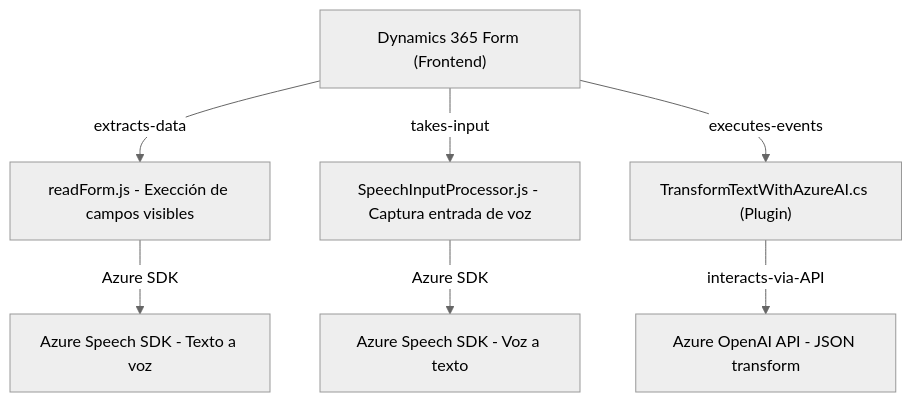
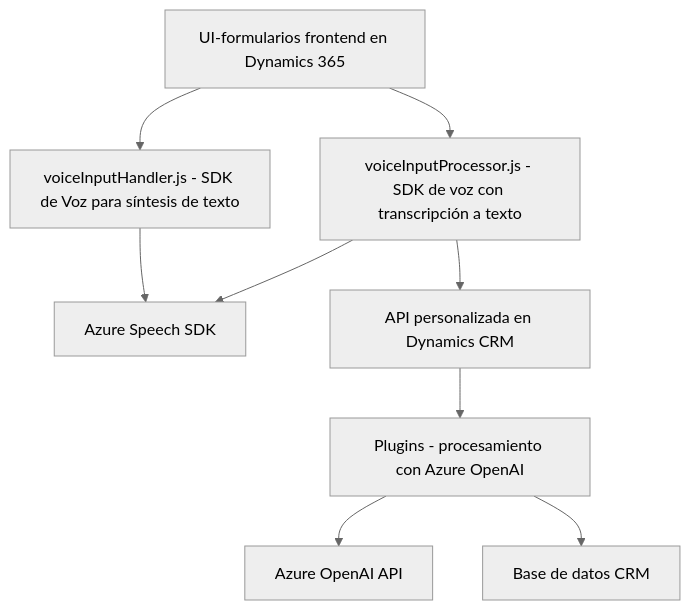
The diagram in README.md (blopezdm/NETCORE_BILBAO2025), drawn with Mermaid (neutral theme) before and after one commit. The commit also changed other lines of this file, not shown here.

Commit message:
Actualizar análisis global de la solución con IA

````diff
--- a/README.md
+++ b/README.md
@@ -33,9 +39,20 @@
 ```mermaid
 graph TD
-    A["Dynamics 365 Form (Frontend)"] --extracts-data--> B["readForm.js - Exección de campos visibles"]
-    A --takes-input--> D["SpeechInputProcessor.js - Captura entrada de voz"]
-    B --Azure SDK--> E["Azure Speech SDK - Texto a voz"]
-    D --Azure SDK--> F["Azure Speech SDK - Voz a texto"]
-    A --executes-events--> G["TransformTextWithAzureAI.cs (Plugin)"]
-    G --interacts-via-API--> H["Azure OpenAI API - JSON transform"]
+    A["UI-formularios frontend en Dynamics 365"]
+    B["voiceInputHandler.js - SDK de Voz para síntesis de texto"]
+    C["voiceInputProcessor.js - SDK de voz con transcripción a texto"]
+    D["Plugins - procesamiento con Azure OpenAI"]
+    E["API personalizada en Dynamics CRM"]
+    F["Azure Speech SDK"]
+    G["Azure OpenAI API"]
+    H["Base de datos CRM"]
+
+    A --> B
+    A --> C
+    B --> F
+    C --> F
+    C --> E
+    E --> D
+    D --> G
+    D --> H
 ```
````
